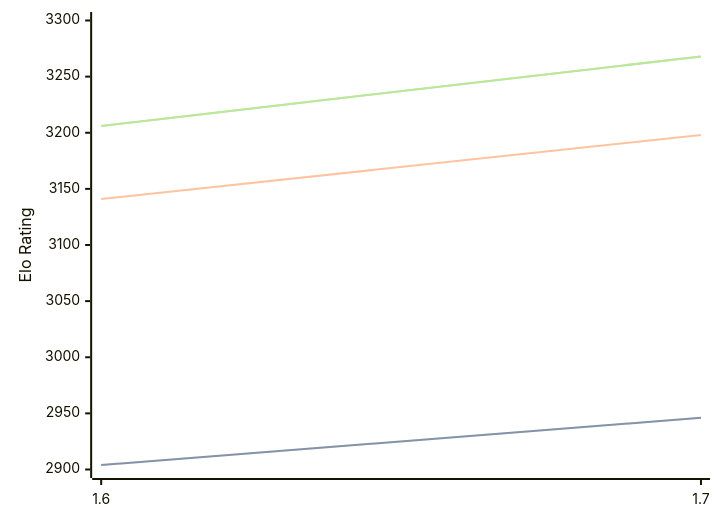
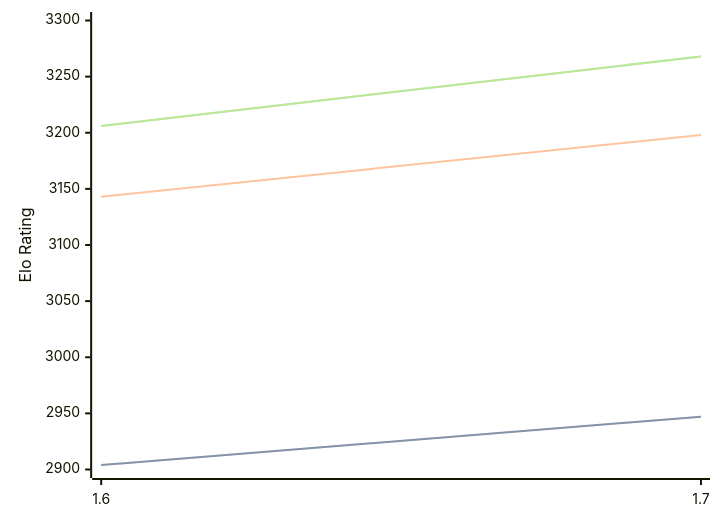
Before and after one commit to computer-chess-index/cci: the diagram in engines/Bitbit.md, drawn with Mermaid. The commit also changed other lines of this file, not shown here.

````diff
--- a/engines/Bitbit.md
+++ b/engines/Bitbit.md
@@ -32,11 +32,11 @@
 ```mermaid
 %%{init: {"theme":"base","themeVariables":{"seriesColors:['#a3a3a3','#222221','#faa371']}}}%%
 xychart-beta
   x-axis ["1.6", "1.7"]
   y-axis "Elo Rating" 2900 --> 3300
-  line "" [2904, 2946]
-  line "STC (8.0+0.08s)" [2904, 2946]
-  line "LTC (60.0+0.60s)" [3141, 3198]
+  line "" [2904, 2947]
+  line "STC (8.0+0.08s)" [2904, 2947]
+  line "LTC (60.0+0.60s)" [3143, 3198]
   line "" [3206, 3268]
   line "VLTC (2m24s+1.12s)" [3206, 3268]
 ```
````
